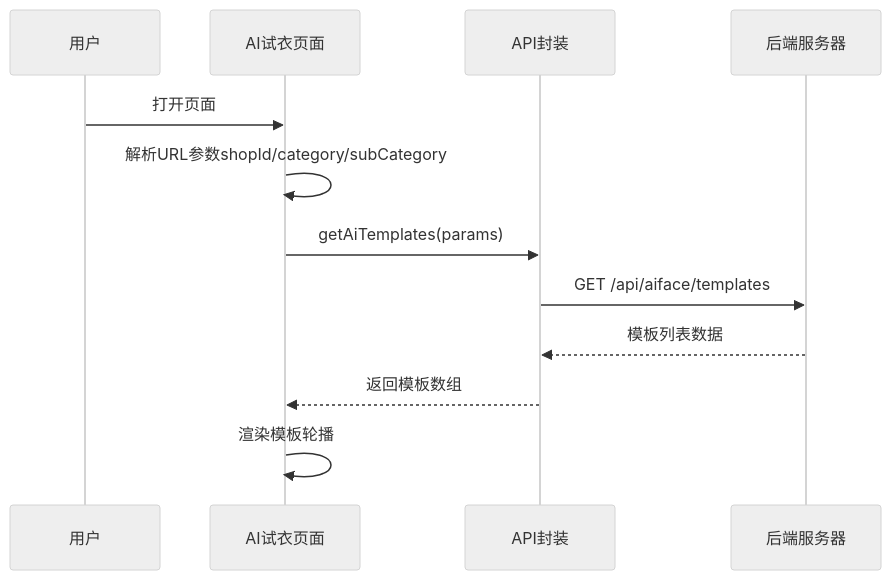
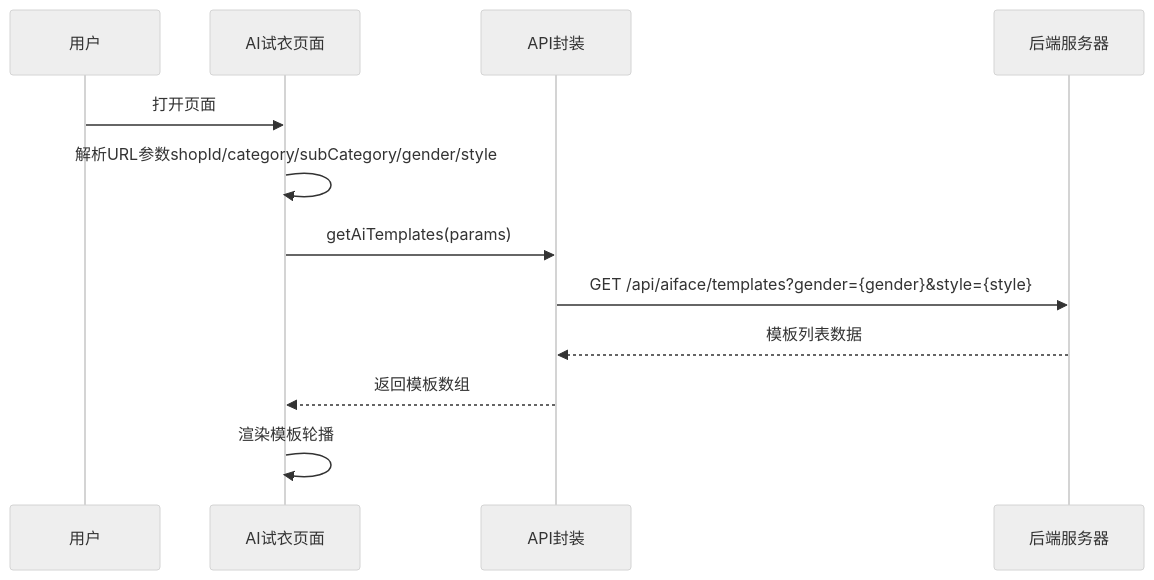
The fourth of 22 diagrams in .qoder/repowiki/zh/content/核心功能模块/AI试衣功能.md (crazyma99/blueberry), drawn with Mermaid (neutral theme) before and after one commit. The commit also changed other lines of this file and 6 other files, not shown here.

````diff
--- a/.qoder/repowiki/zh/content/核心功能模块/AI试衣功能.md
+++ b/.qoder/repowiki/zh/content/核心功能模块/AI试衣功能.md
@@ -332,14 +428,14 @@
    ```mermaid
 sequenceDiagram
 participant User as 用户
 participant Page as AI试衣页面
 participant API as API封装
 participant Server as 后端服务器
 User->>Page : 打开页面
-Page->>Page : 解析URL参数shopId/category/subCategory
+Page->>Page : 解析URL参数shopId/category/subCategory/gender/style
 Page->>API : getAiTemplates(params)
-API->>Server : GET /api/aiface/templates
+API->>Server : GET /api/aiface/templates?gender={gender}&style={style}
 Server-->>API : 模板列表数据
 API-->>Page : 返回模板数组
 Page->>Page : 渲染模板轮播
 ```
````
